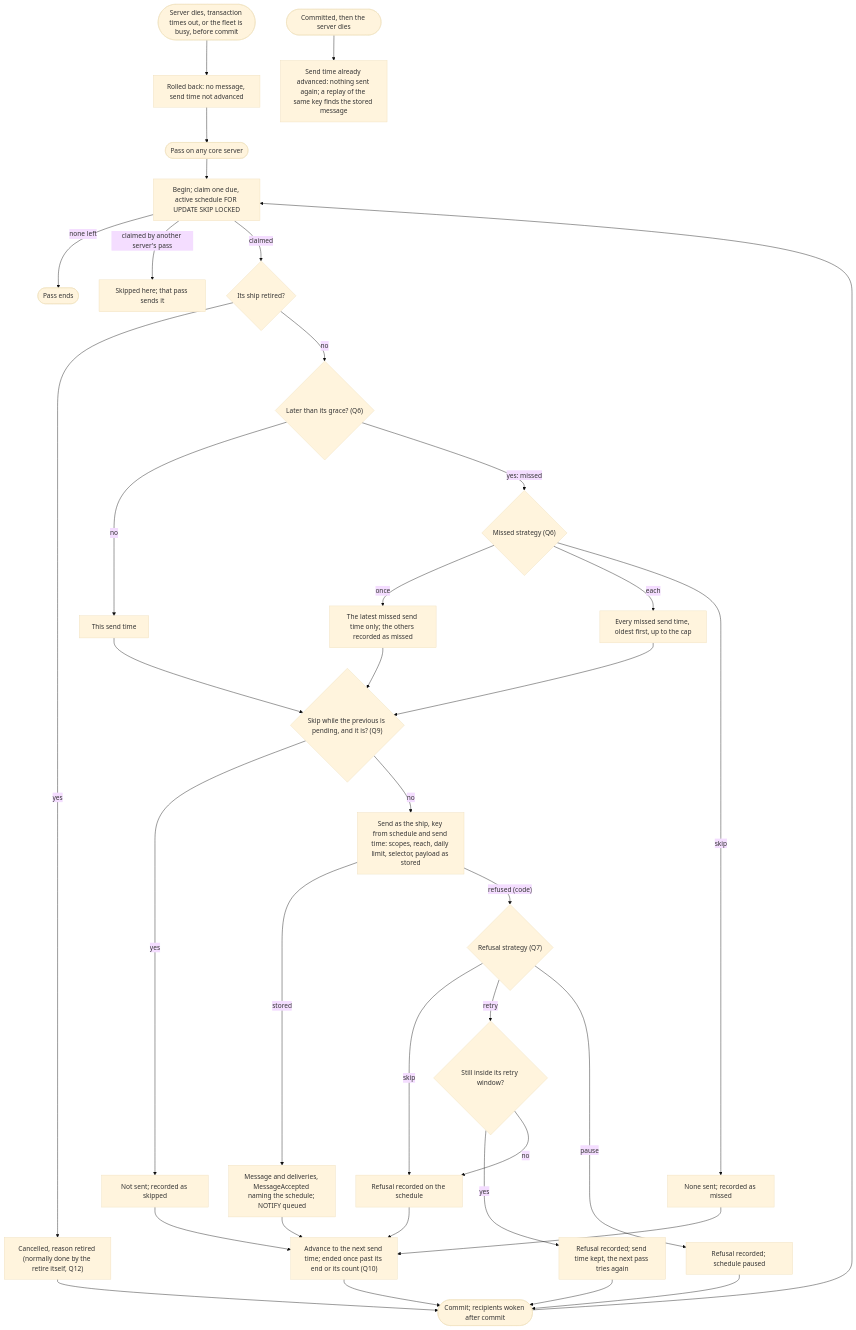
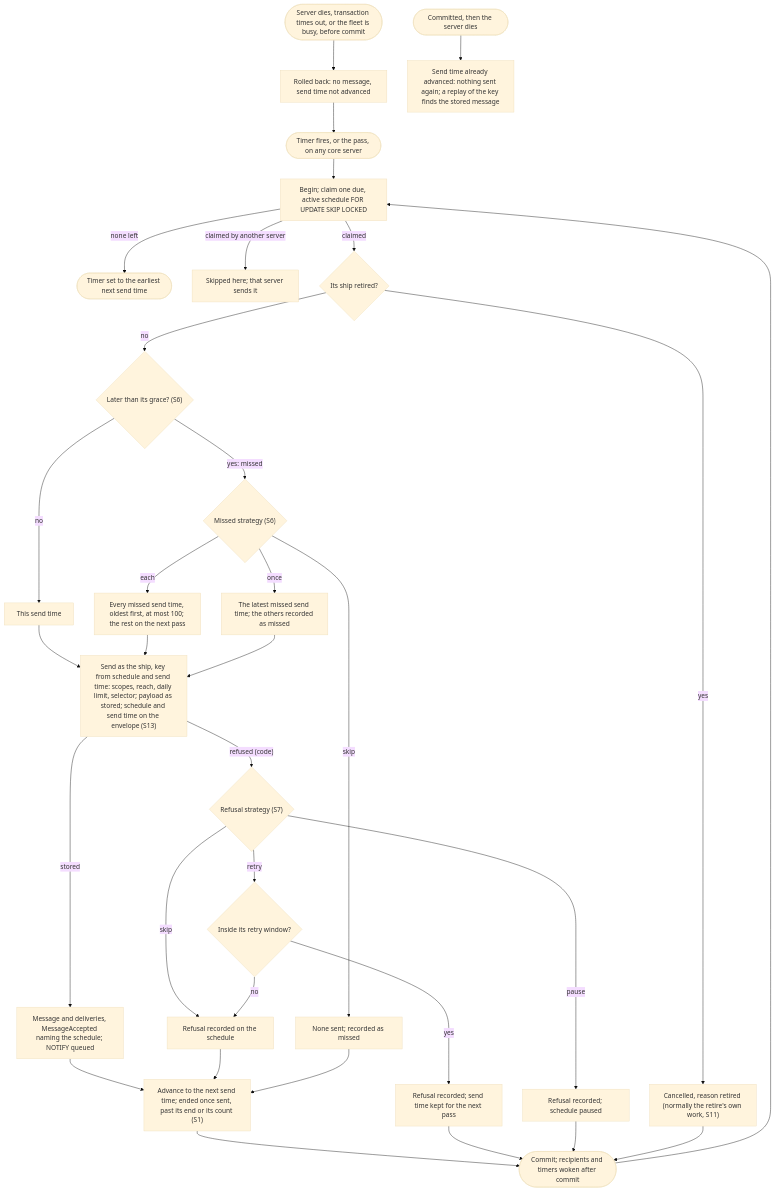
The second of 3 diagrams in docs/design/scheduled-messages/scheduled-messages.md (ThomasHendrickx/aeolus-fleet), drawn with Mermaid (base theme) before and after one commit. The commit also changed other lines of this file, not shown here.

First line of the commit message:
Design: scheduled messages, Thomas's answers as rules, flows and slices

````diff
--- a/docs/design/scheduled-messages/scheduled-messages.md
+++ b/docs/design/scheduled-messages/scheduled-messages.md
@@ -69,38 +85,35 @@
 ```mermaid
 flowchart TD
-  pass(["Pass on any core server"]) --> claim["Begin; claim one due, active schedule FOR UPDATE SKIP LOCKED"]
-  claim -->|none left| done([Pass ends])
-  claim -->|"claimed by another server's pass"| skiplock["Skipped here; that pass sends it"]
+  wake(["Timer fires, or the pass, on any core server"]) --> claim["Begin; claim one due, active schedule FOR UPDATE SKIP LOCKED"]
+  claim -->|none left| rearm(["Timer set to the earliest next send time"])
+  claim -->|"claimed by another server"| skiplock["Skipped here; that server sends it"]
   claim -->|claimed| sender{"Its ship retired?"}
-  sender -->|yes| cancel["Cancelled, reason retired (normally done by the retire itself, Q12)"]
-  sender -->|no| late{"Later than its grace? (Q6)"}
+  sender -->|yes| cancel["Cancelled, reason retired (normally the retire's own work, S11)"]
+  sender -->|no| late{"Later than its grace? (S6)"}
   late -->|no| times["This send time"]
-  late -->|"yes: missed"| strat{"Missed strategy (Q6)"}
-  strat -->|once| times1["The latest missed send time only; the others recorded as missed"]
-  strat -->|each| timesN["Every missed send time, oldest first, up to the cap"]
+  late -->|"yes: missed"| strat{"Missed strategy (S6)"}
+  strat -->|each| timesN["Every missed send time, oldest first, at most 100; the rest on the next pass"]
+  strat -->|once| times1["The latest missed send time; the others recorded as missed"]
   strat -->|skip| missed["None sent; recorded as missed"]
-  times --> prev{"Skip while the previous is pending, and it is? (Q9)"}
-  times1 --> prev
-  timesN --> prev
-  prev -->|yes| skipped["Not sent; recorded as skipped"]
-  prev -->|no| send["Send as the ship, key from schedule and send time: scopes, reach, daily limit, selector, payload as stored"]
+  times --> send["Send as the ship, key from schedule and send time: scopes, reach, daily limit, selector; payload as stored; schedule and send time on the envelope (S13)"]
+  timesN --> send
+  times1 --> send
   send -->|stored| ok["Message and deliveries, MessageAccepted naming the schedule; NOTIFY queued"]
-  send -->|"refused (code)"| ref{"Refusal strategy (Q7)"}
+  send -->|"refused (code)"| ref{"Refusal strategy (S7)"}
   ref -->|skip| refskip["Refusal recorded on the schedule"]
-  ref -->|retry| window{"Still inside its retry window?"}
-  window -->|yes| keep["Refusal recorded; send time kept, the next pass tries again"]
+  ref -->|retry| window{"Inside its retry window?"}
+  window -->|yes| keep["Refusal recorded; send time kept for the next pass"]
   window -->|no| refskip
   ref -->|pause| paused["Refusal recorded; schedule paused"]
-  ok --> next["Advance to the next send time; ended once past its end or its count (Q10)"]
+  ok --> next["Advance to the next send time; ended once sent, past its end or its count (S1)"]
   refskip --> next
   missed --> next
-  skipped --> next
-  next --> commit(["Commit; recipients woken after commit"])
+  next --> commit(["Commit; recipients and timers woken after commit"])
   keep --> commit
   paused --> commit
   cancel --> commit
   commit --> claim
   crash(["Server dies, transaction times out, or the fleet is busy, before commit"]) --> rollback["Rolled back: no message, send time not advanced"]
-  rollback --> pass
-  lost(["Committed, then the server dies"]) --> safe["Send time already advanced: nothing sent again; a replay of the same key finds the stored message"]
+  rollback --> wake
+  lost(["Committed, then the server dies"]) --> safe["Send time already advanced: nothing sent again; a replay of the key finds the stored message"]
 ```
````
